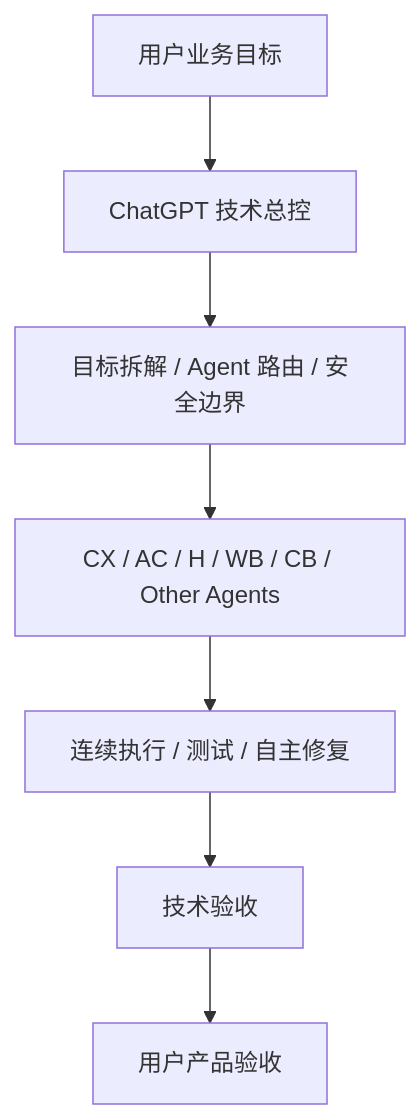
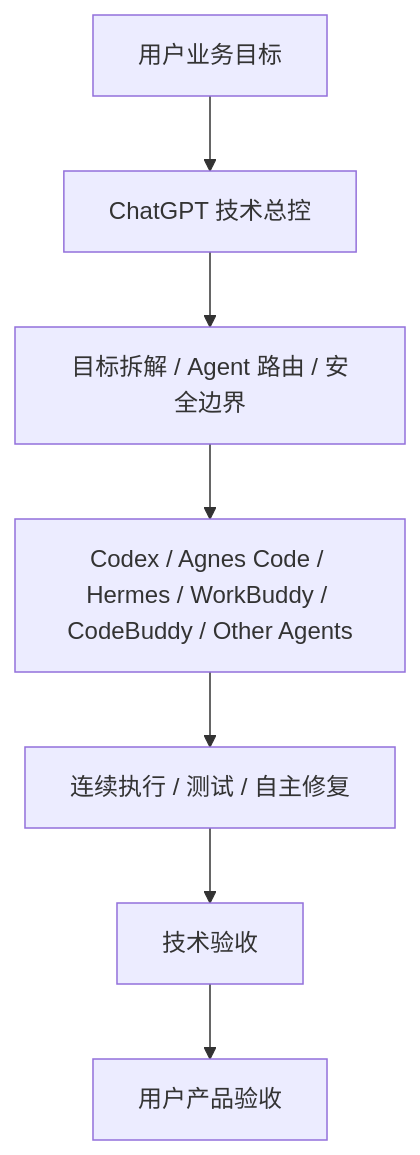
The first of 2 diagrams in README.md (hcxhcx1981-hash/doraemon-goal-driven-delivery), drawn with Mermaid before and after one commit. The commit also changed other lines of this file and 6 other files, not shown here.

````diff
--- a/README.md
+++ b/README.md
@@ -25,9 +29,9 @@
 ```mermaid
 flowchart TB
     U[用户业务目标] --> C[ChatGPT 技术总控]
     C --> P[目标拆解 / Agent 路由 / 安全边界]
-    P --> A[CX / AC / H / WB / CB / Other Agents]
+    P --> A[Codex / Agnes Code / Hermes / WorkBuddy / CodeBuddy / Other Agents]
     A --> E[连续执行 / 测试 / 自主修复]
     E --> T[技术验收]
     T --> V[用户产品验收]
 ```
````
